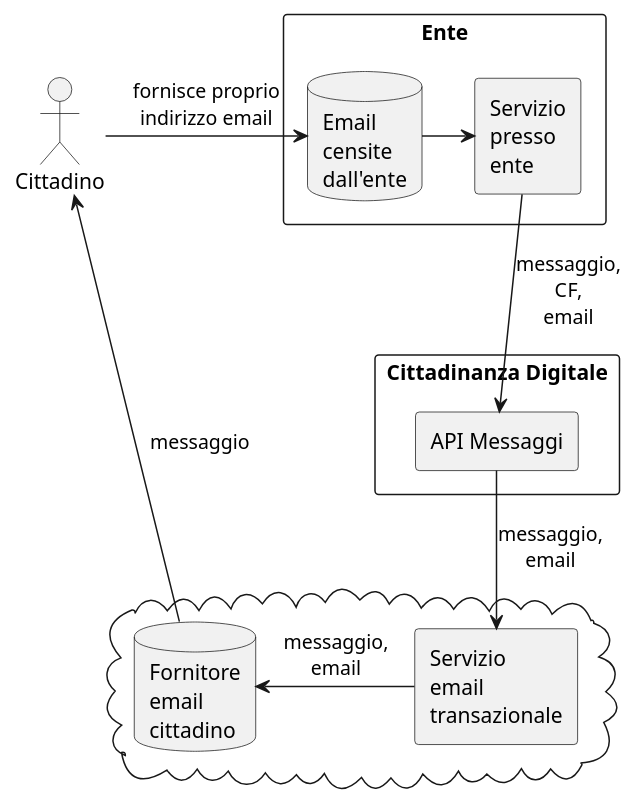
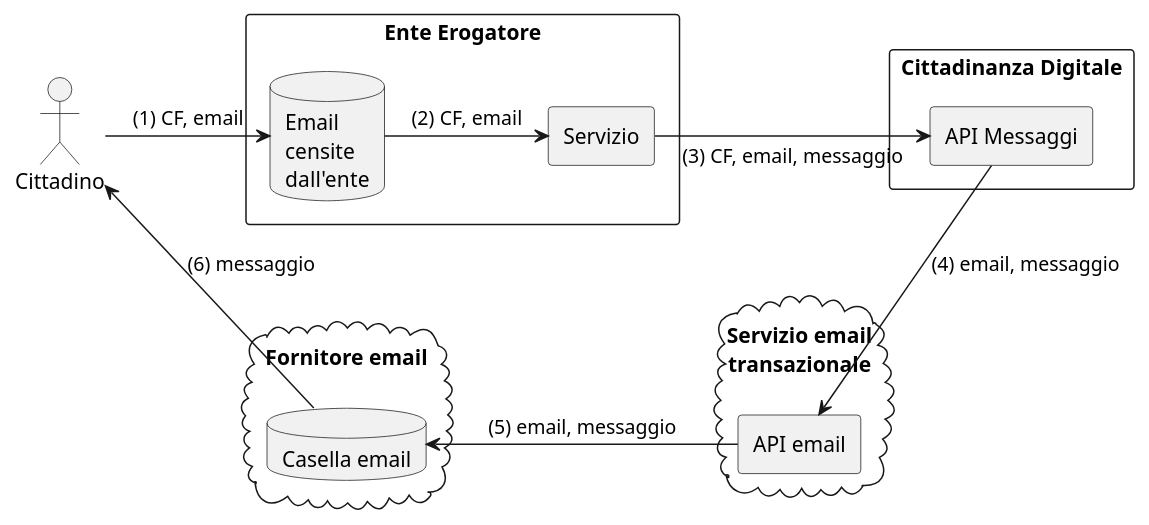
The diagram in gdpr/diagrams/messaggio-default_email-noprofile.puml (pagopa-archive/io), drawn with PlantUML before and after one commit. The commit also changed 3 other files, not shown here.

```diff
--- a/gdpr/diagrams/messaggio-default_email-noprofile.puml
+++ b/gdpr/diagrams/messaggio-default_email-noprofile.puml
@@ -1,32 +1,34 @@
 @startuml
 
-rectangle Ente {
-  agent "Servizio\npresso\nente" as ente
+rectangle "Ente Erogatore" {
+  agent "Servizio" as ente
   database "Email\ncensite\ndall'ente" as emaildb
 }
 
 rectangle "Cittadinanza Digitale" {
   agent "API Messaggi" as apimessaggi
 }
 
-cloud {
-  agent "Servizio\nemail\ntransazionale" as txemail
-  database "Fornitore\nemail\ncittadino" as emailprovider
+cloud "Servizio email\ntransazionale\n" {
+  agent "API email" as txemail
 }
 
+cloud "Fornitore email\n" {
+  database "Casella email" as emailprovider
+}
 
 :Cittadino: as cittadino
 
-cittadino -> emaildb : fornisce proprio\nindirizzo email
+cittadino -> emaildb : (1) CF, email
 
-emaildb -> ente
+emaildb -> ente : (2) CF, email
 
-ente --> apimessaggi : messaggio,\nCF,\nemail
+ente -> apimessaggi : (3) CF, email, messaggio
 
-apimessaggi --> txemail : messaggio,\nemail
+apimessaggi -down-> txemail : (4) email, messaggio
 
-txemail -> emailprovider : messaggio,\nemail
+txemail -left-> emailprovider : (5) email, messaggio
 
-emailprovider -> cittadino : messaggio
+emailprovider -up-> cittadino : (6) messaggio
 
 @enduml
```
